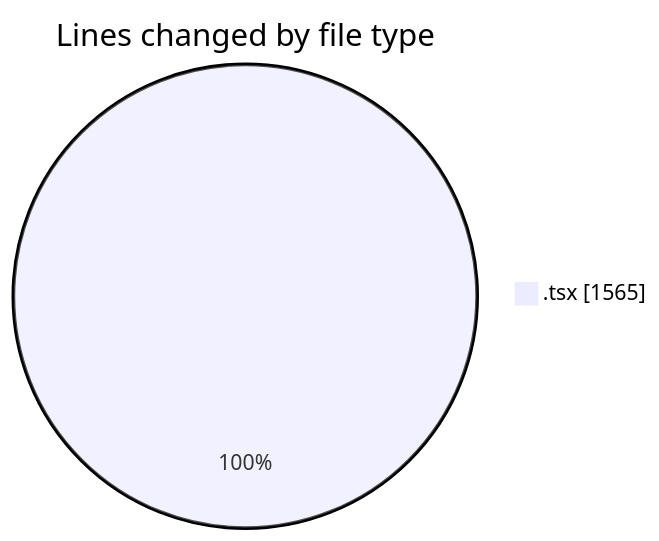
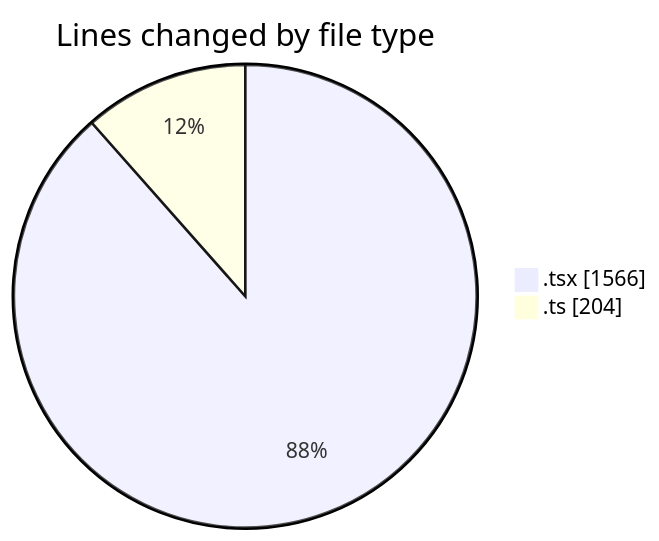
One commit to nxtqubesakshisongat/code-tracking changed the first of 2 diagrams in 2026-08-09/nxtqube_webapp/README.md. Above: the diagram before and after it, drawn with Mermaid. The commit also changed other lines of this file and 1 other file, not shown here.

````diff
--- a/2026-08-09/nxtqube_webapp/README.md
+++ b/2026-08-09/nxtqube_webapp/README.md
@@ -24,5 +25,6 @@
 ```mermaid
 pie showData
 title Lines changed by file type
-".tsx" : 1565
+".tsx" : 1566
+".ts" : 204
 ```
````
